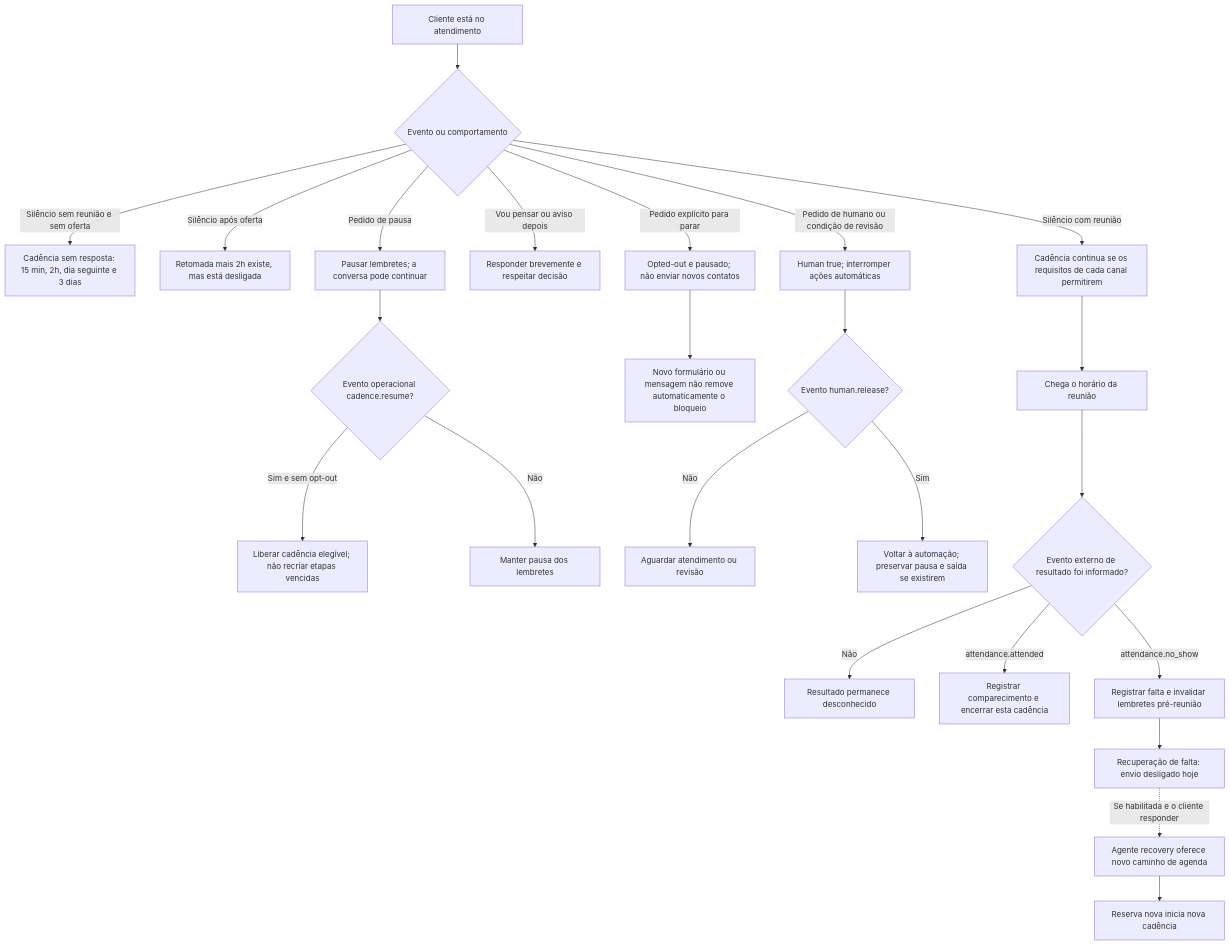
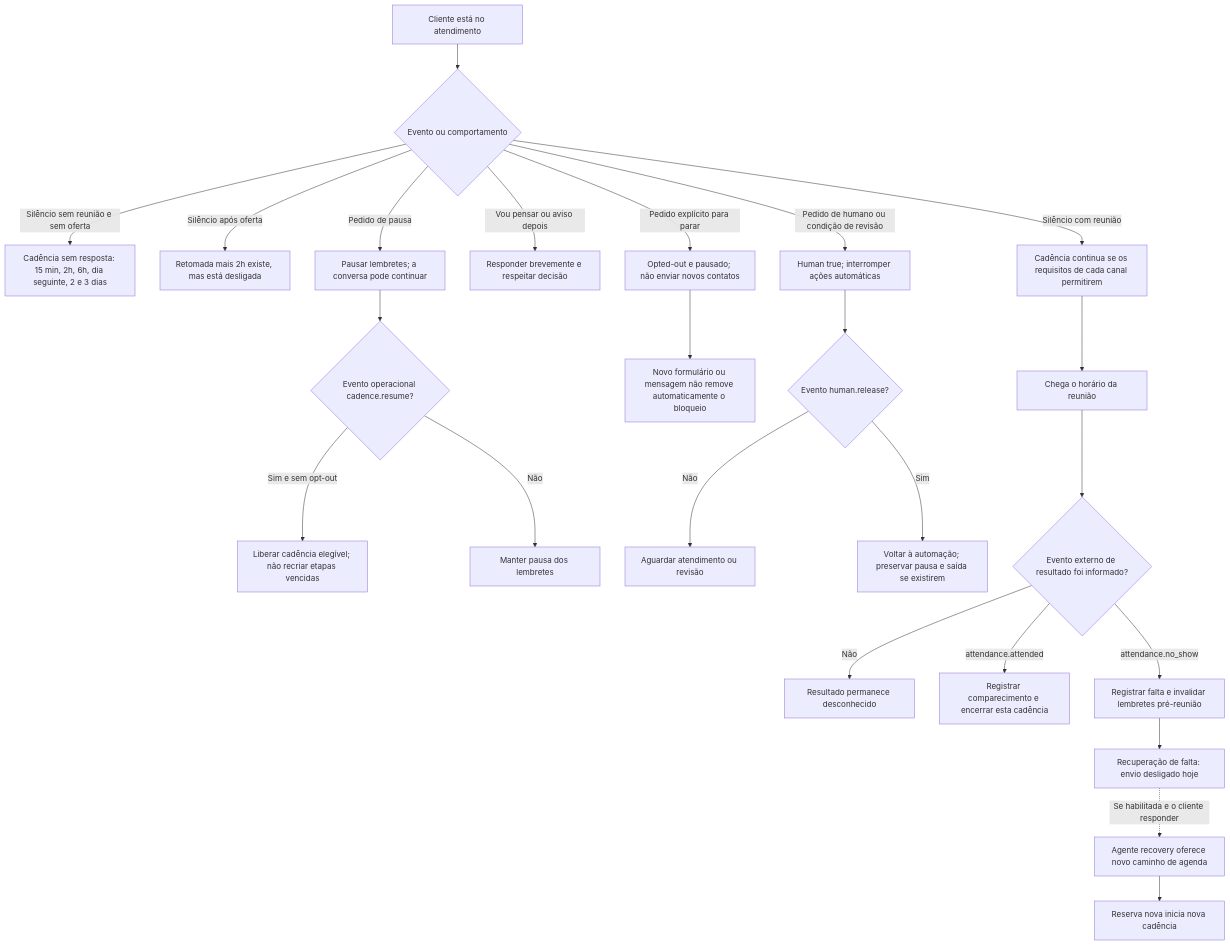
Before and after one commit to tom-lisboa/ArkomSDR: the ninth of 14 diagrams in docs/fluxo-cliente-mermaid.md, drawn with Mermaid. The commit also changed other lines of this file and 19 other files, not shown here.

````diff
--- a/docs/fluxo-cliente-mermaid.md
+++ b/docs/fluxo-cliente-mermaid.md
@@ -464,26 +466,26 @@
 ```mermaid
 flowchart TD
     S0["Cliente está no atendimento"] --> SE{"Evento ou comportamento"}
-    SE -->|Silêncio sem reunião e sem oferta| SSW["Cadência sem resposta: 15 min, 2h, dia seguinte e 3 dias"]
+    SE -->|Silêncio sem reunião e sem oferta| SSW["Cadência sem resposta: 15 min, 2h, 6h, dia seguinte, 2 e 3 dias"]
     SE -->|Silêncio após oferta| SOFF["Retomada mais 2h existe, mas está desligada"]
     SE -->|Silêncio com reunião| SBOOK["Cadência continua se os requisitos de cada canal permitirem"]
     SE -->|Vou pensar ou aviso depois| STHINK["Responder brevemente e respeitar decisão"]
     SE -->|Pedido de pausa| SPAUSE["Pausar lembretes; a conversa pode continuar"]
     SPAUSE --> SRES{"Evento operacional cadence.resume?"}
     SRES -->|Sim e sem opt-out| SBACK["Liberar cadência elegível; não recriar etapas vencidas"]
     SRES -->|Não| SHOLD["Manter pausa dos lembretes"]
     SE -->|Pedido explícito para parar| SOPT["Opted-out e pausado; não enviar novos contatos"]
     SOPT --> SNOFORM["Novo formulário ou mensagem não remove automaticamente o bloqueio"]
     SE -->|Pedido de humano ou condição de revisão| SHUM["Human true; interromper ações automáticas"]
     SHUM --> SHREL{"Evento human.release?"}
     SHREL -->|Não| SHWAIT["Aguardar atendimento ou revisão"]
     SHREL -->|Sim| SAUTO["Voltar à automação; preservar pausa e saída se existirem"]
     SBOOK --> ST["Chega o horário da reunião"]
     ST --> SAT{"Evento externo de resultado foi informado?"}
     SAT -->|Não| SUNK["Resultado permanece desconhecido"]
     SAT -->|attendance.attended| SDONE["Registrar comparecimento e encerrar esta cadência"]
     SAT -->|attendance.no_show| SNS["Registrar falta e invalidar lembretes pré-reunião"]
     SNS --> SRC["Recuperação de falta: envio desligado hoje"]
     SRC -.->|Se habilitada e o cliente responder| SNEW["Agente recovery oferece novo caminho de agenda"]
     SNEW --> SCYCLE["Reserva nova inicia nova cadência"]
 ```
````
